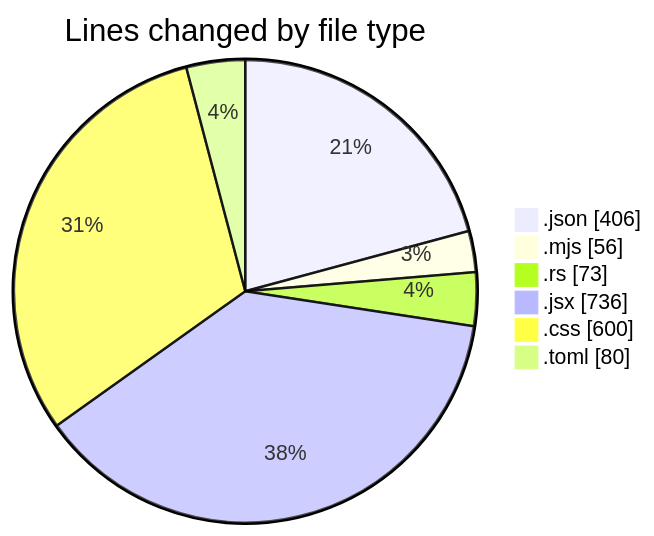
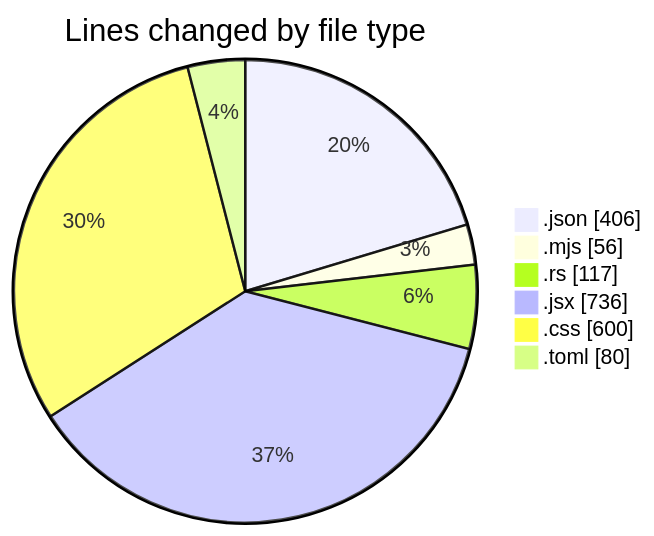
One commit to charlie-sans/code-tracking changed the first of 2 diagrams in 2025-01-28/trollerboard/README.md. Above: the diagram before and after it, drawn with Mermaid. The commit also changed other lines of this file and 1 other file, not shown here.

````diff
--- a/2025-01-28/trollerboard/README.md
+++ b/2025-01-28/trollerboard/README.md
@@ -29,10 +29,10 @@
 ```mermaid
 pie showData
 title Lines changed by file type
 ".json" : 406
 ".mjs" : 56
-".rs" : 73
+".rs" : 117
 ".jsx" : 736
 ".css" : 600
 ".toml" : 80
 ```
````
